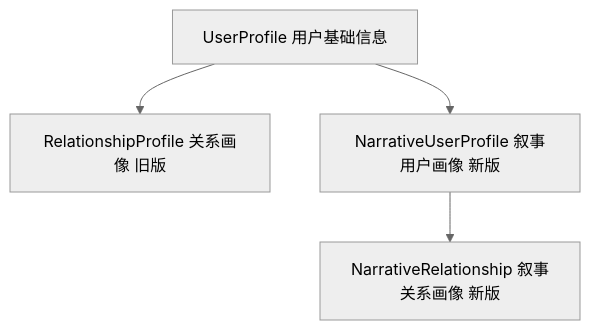
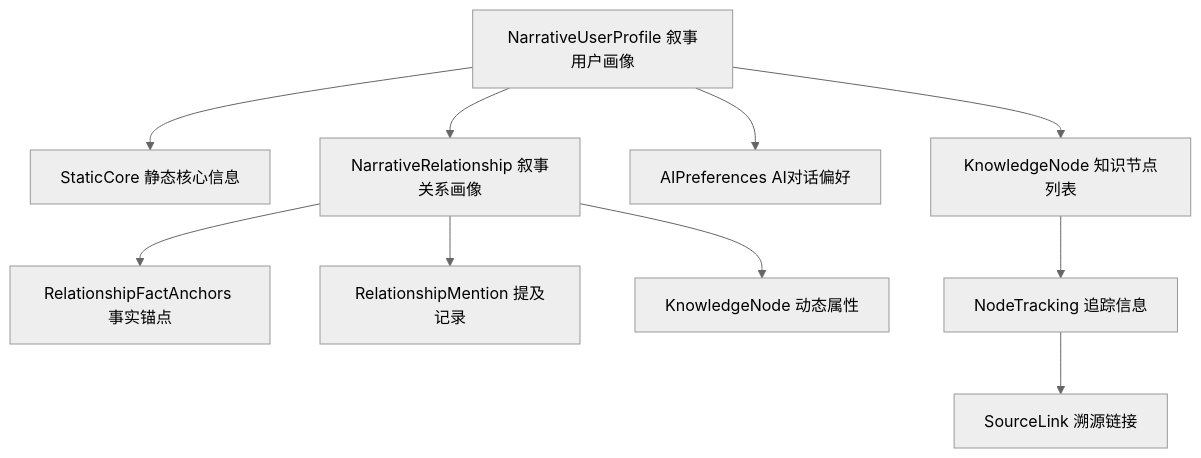
Before and after one commit to Hanyan179/zhijing: the first of 2 diagrams in Docs/data/user-profile-models.md, drawn with Mermaid (neutral theme). The commit also changed other lines of this file and 101 other files, not shown here.

````diff
--- a/Docs/data/user-profile-models.md
+++ b/Docs/data/user-profile-models.md
@@ -11,6 +23,12 @@
 ```mermaid
 graph TD
-    UserProfile[UserProfile 用户基础信息] --> RelationshipProfile[RelationshipProfile 关系画像 旧版]
-    UserProfile --> NarrativeUserProfile[NarrativeUserProfile 叙事用户画像 新版]
-    NarrativeUserProfile --> NarrativeRelationship[NarrativeRelationship 叙事关系画像 新版]
+    NarrativeUserProfile[NarrativeUserProfile 叙事用户画像] --> StaticCore[StaticCore 静态核心信息]
+    NarrativeUserProfile --> KnowledgeNodes[KnowledgeNode 知识节点列表]
+    NarrativeUserProfile --> AIPreferences[AIPreferences AI对话偏好]
+    NarrativeUserProfile --> NarrativeRelationship[NarrativeRelationship 叙事关系画像]
+    NarrativeRelationship --> FactAnchors[RelationshipFactAnchors 事实锚点]
+    NarrativeRelationship --> Mentions[RelationshipMention 提及记录]
+    NarrativeRelationship --> Attributes[KnowledgeNode 动态属性]
+    KnowledgeNodes --> NodeTracking[NodeTracking 追踪信息]
+    NodeTracking --> SourceLink[SourceLink 溯源链接]
 ```
````
